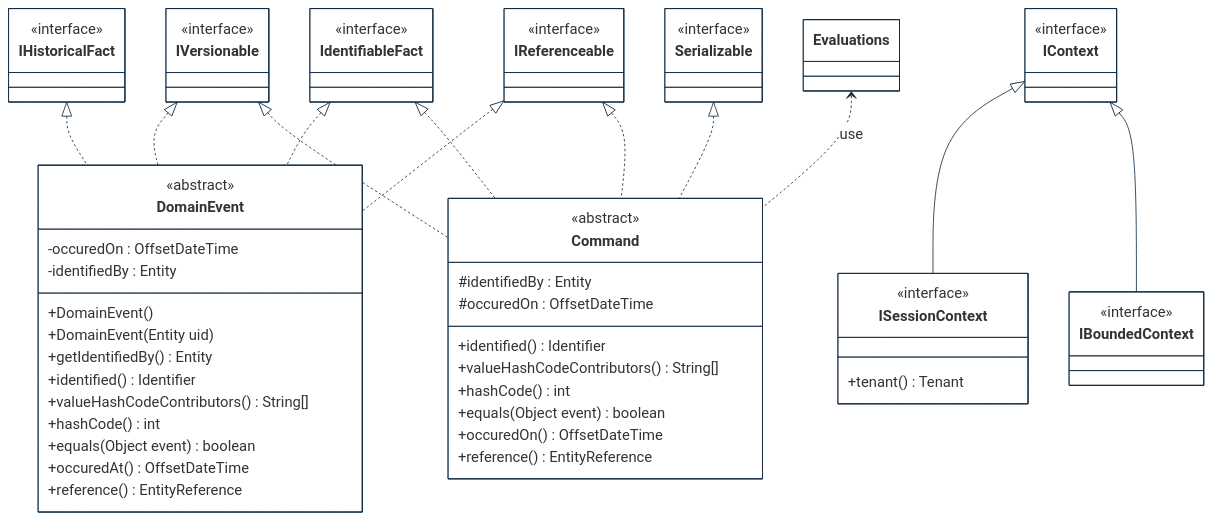
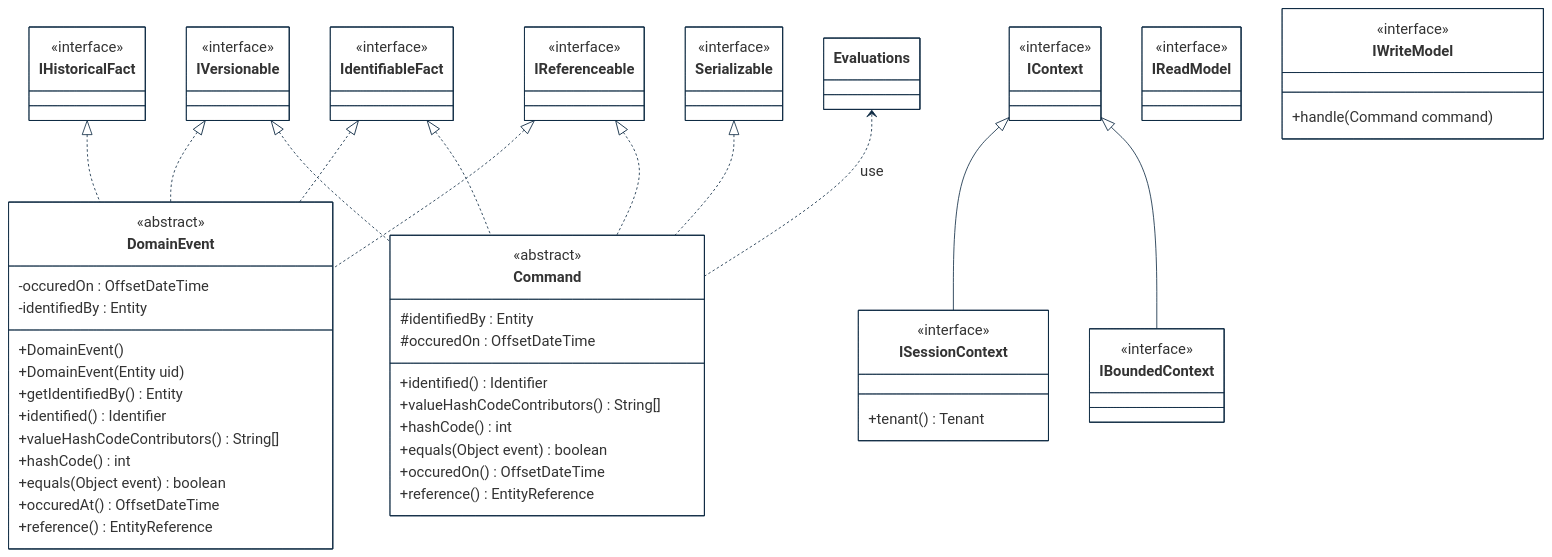
One commit to cybnity/foundation changed the first of 7 diagrams in implementations-line/framework/domain/designview-packages.md. Above: the diagram before and after it, drawn with Mermaid.

````diff
--- a/implementations-line/framework/domain/designview-packages.md
+++ b/implementations-line/framework/domain/designview-packages.md
@@ -85,5 +85,12 @@
         +occuredOn() OffsetDateTime
         +reference() EntityReference
     }
+    class IReadModel {
+        <<interface>>
+    }
+    class IWriteModel {
+        <<interface>>
+        +handle(Command command)
+    }
 
 ```
````
